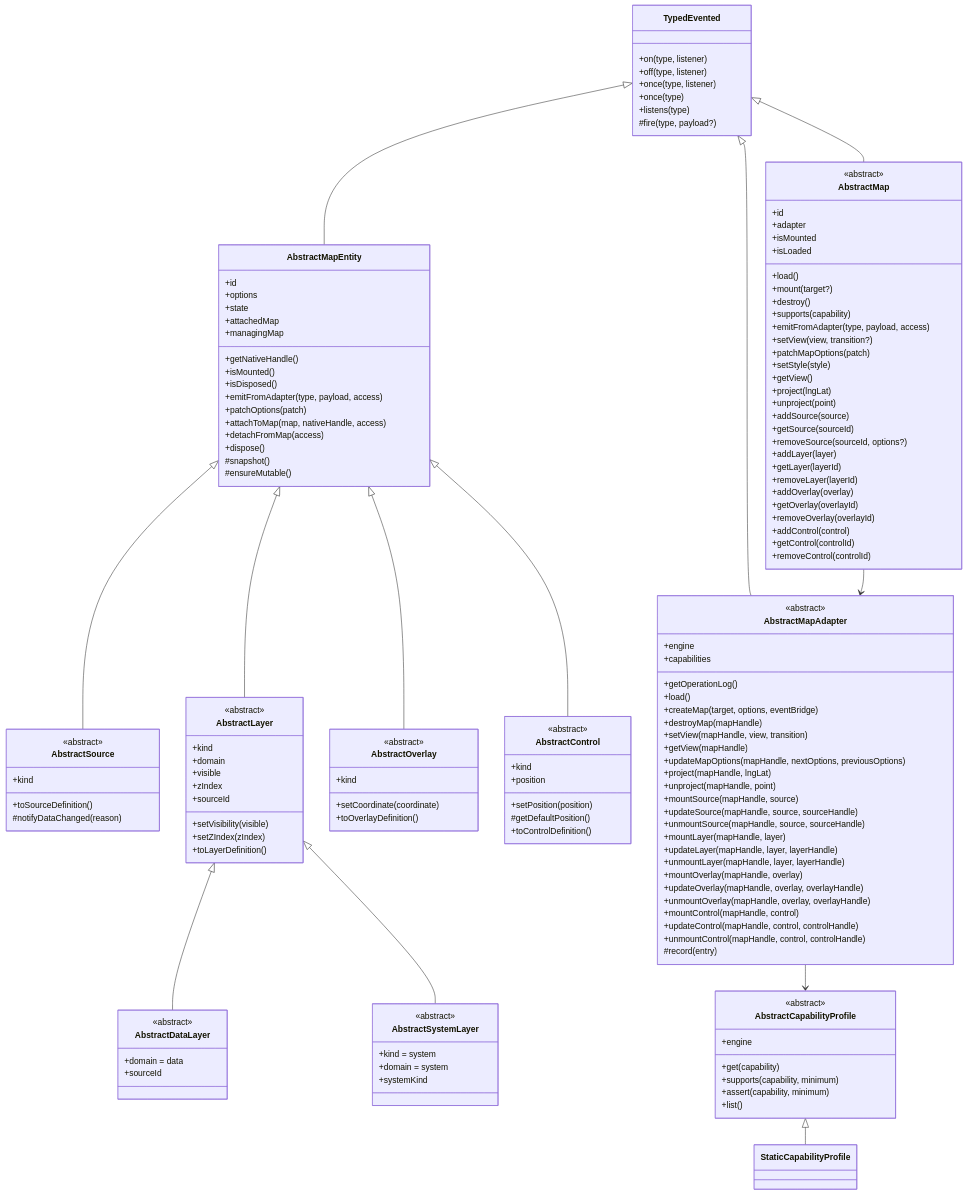
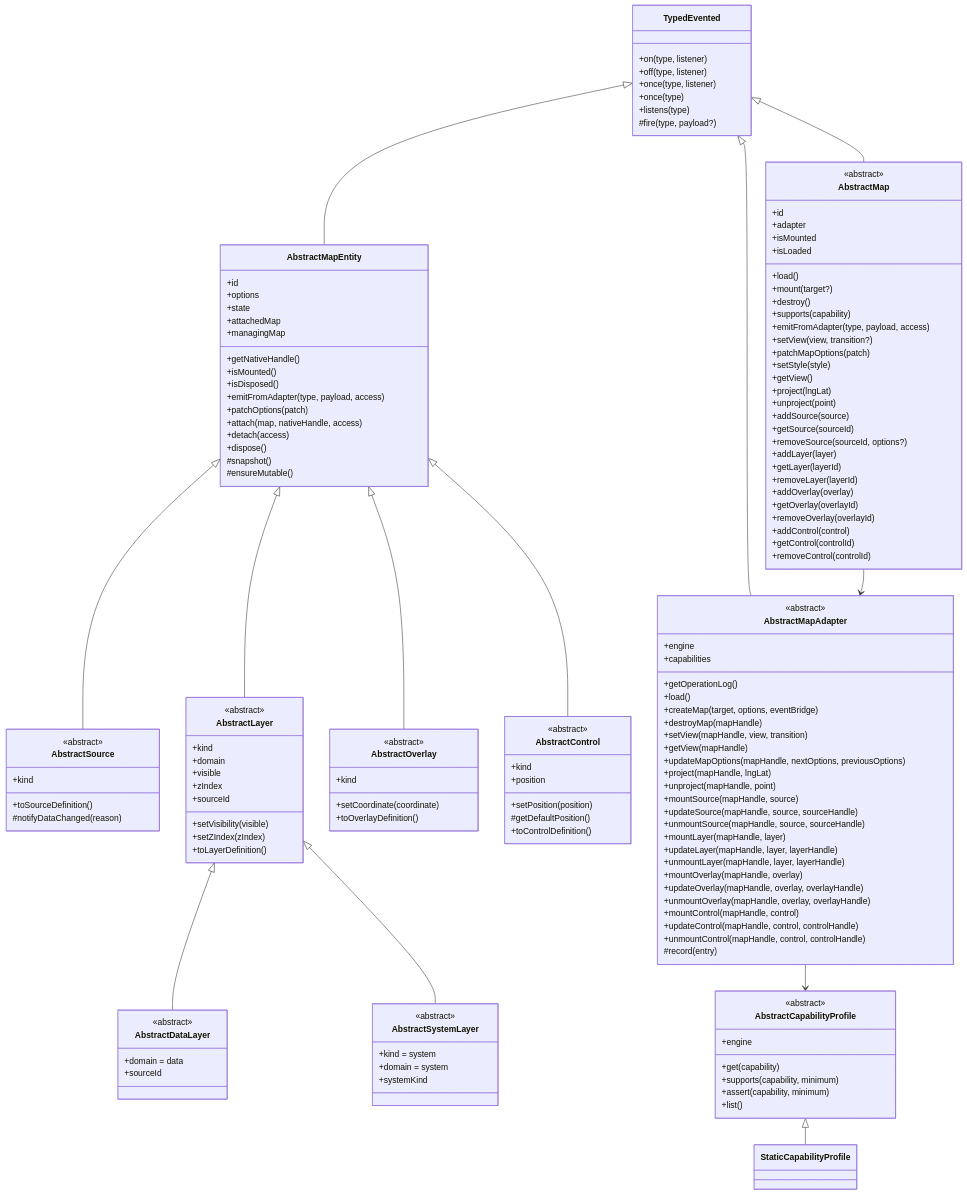
One commit to NXY666/common-map changed the fifth of 6 diagrams in docs/unified-map-api-guide.md. Above: the diagram before and after it, drawn with Mermaid. The commit also changed other lines of this file and 9 other files, not shown here.

```diff
--- a/docs/unified-map-api-guide.md
+++ b/docs/unified-map-api-guide.md
@@ -252,8 +252,8 @@
     +isDisposed()
     +emitFromAdapter(type, payload, access)
     +patchOptions(patch)
-    +attachToMap(map, nativeHandle, access)
-    +detachFromMap(access)
+    +attach(map, nativeHandle, access)
+    +detach(access)
     +dispose()
     #snapshot()
     #ensureMutable()
```
